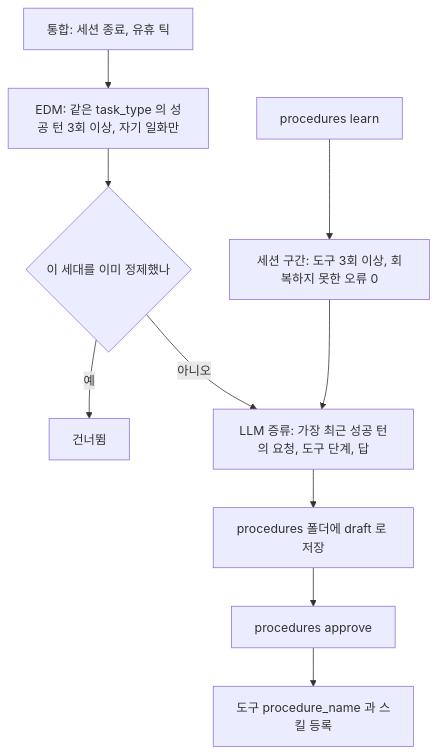
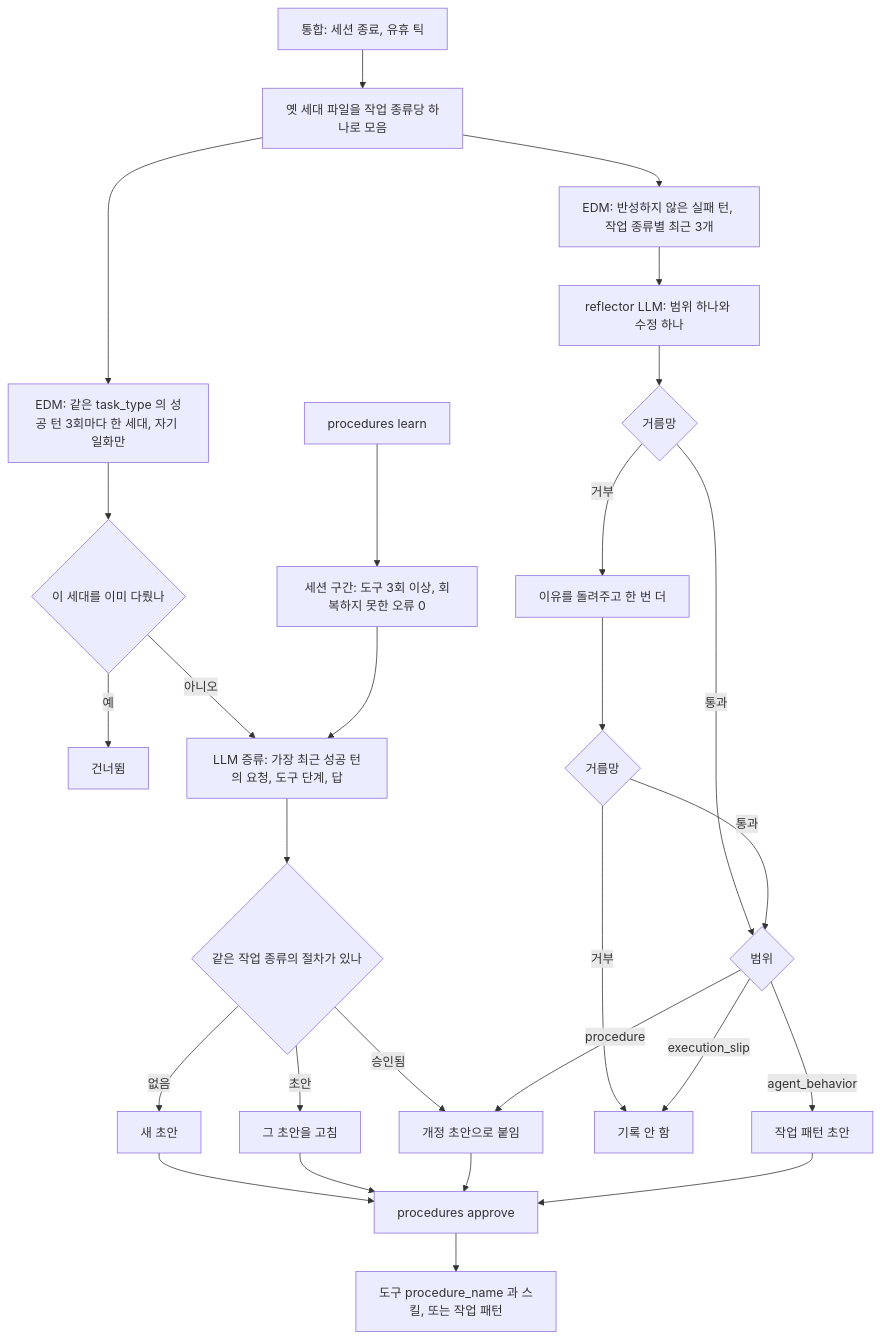
One commit to ash-hun/jarvis-agent changed the second of 3 diagrams in website/docs/concepts/conversation/tools-and-approval.md. Above: the diagram before and after it, drawn with Mermaid. The commit also changed other lines of this file and 95 other files, not shown here.

````diff
--- a/website/docs/concepts/conversation/tools-and-approval.md
+++ b/website/docs/concepts/conversation/tools-and-approval.md
@@ -175,12 +188,30 @@
 ```mermaid
 flowchart TD
-  C[통합: 세션 종료, 유휴 틱] --> E[EDM: 같은 task_type 의 성공 턴 3회 이상, 자기 일화만]
-  E --> K{이 세대를 이미 정제했나}
+  C[통합: 세션 종료, 유휴 틱] --> V[옛 세대 파일을 작업 종류당 하나로 모음]
+  V --> E[EDM: 같은 task_type 의 성공 턴 3회마다 한 세대, 자기 일화만]
+  E --> K{이 세대를 이미 다뤘나}
   K -- 예 --> N[건너뜀]
   K -- 아니오 --> D[LLM 증류: 가장 최근 성공 턴의 요청, 도구 단계, 답]
   L[procedures learn] --> F[세션 구간: 도구 3회 이상, 회복하지 못한 오류 0]
   F --> D
-  D --> W[procedures 폴더에 draft 로 저장]
+  D --> P{같은 작업 종류의 절차가 있나}
+  P -- 없음 --> W[새 초안]
+  P -- 초안 --> W2[그 초안을 고침]
+  P -- 승인됨 --> R[개정 초안으로 붙임]
+  V --> X[EDM: 반성하지 않은 실패 턴, 작업 종류별 최근 3개]
+  X --> RF[reflector LLM: 범위 하나와 수정 하나]
+  RF --> G{거름망}
+  G -- 거부 --> RF2[이유를 돌려주고 한 번 더]
+  RF2 --> G2{거름망}
+  G2 -- 거부 --> Z[기록 안 함]
+  G -- 통과 --> S{범위}
+  G2 -- 통과 --> S
+  S -- execution_slip --> Z
+  S -- procedure --> R
+  S -- agent_behavior --> TP[작업 패턴 초안]
   W --> A[procedures approve]
-  A --> T[도구 procedure_name 과 스킬 등록]
+  W2 --> A
+  R --> A
+  TP --> A
+  A --> T[도구 procedure_name 과 스킬, 또는 작업 패턴]
 ```
````
